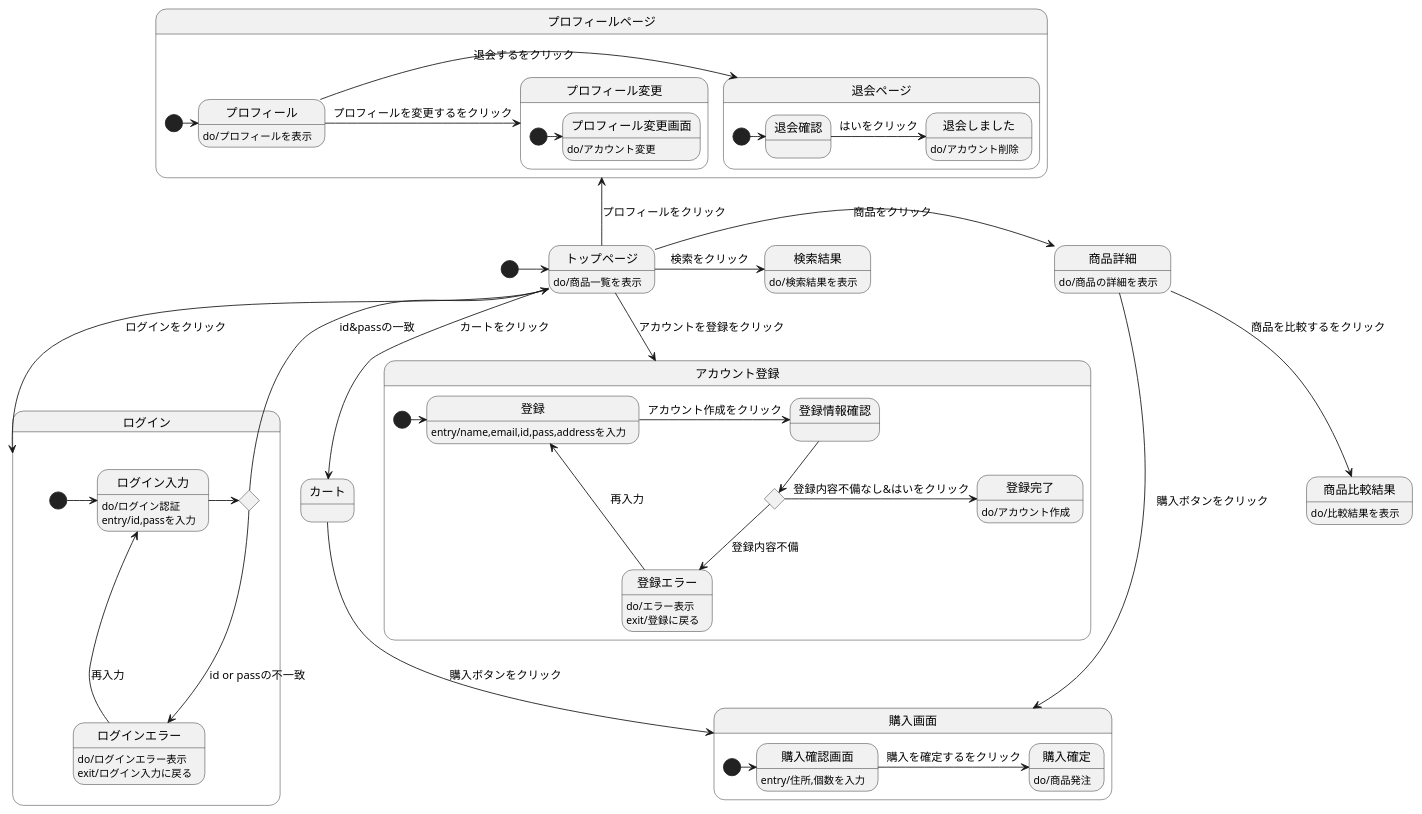
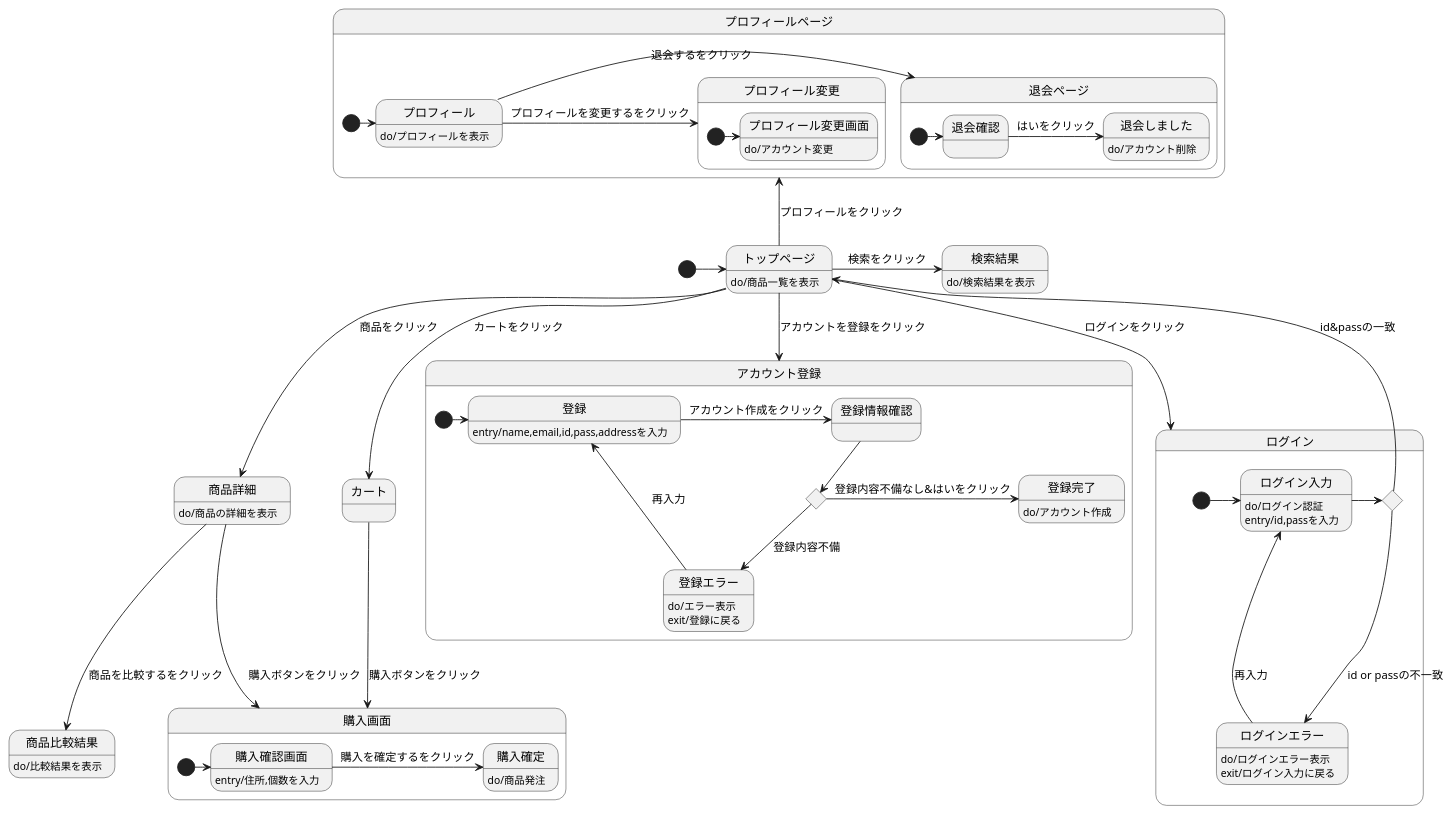
The diagram in stm01.md (Aso2001159/2021sys-design), drawn with PlantUML before and after one commit.

````diff
--- a/stm01.md
+++ b/stm01.md
@@ -1,67 +1,67 @@
 ```uml
 
 @startuml
 [*]->トップページ
 トップページ : do/商品一覧を表示
-トップページ->商品詳細 : 商品をクリック
+トップページ-->商品詳細 : 商品をクリック
   商品詳細 : do/商品の詳細を表示
   商品詳細 --> 商品比較結果 : 商品を比較するをクリック
   商品比較結果 : do/比較結果を表示
   商品詳細-> 購入画面 :　購入ボタンをクリック
 トップページ-down->ログイン :ログインをクリック
 state ログイン{
   state r確認 <<choice>>
   [*] -> ログイン入力 
   ログイン入力 : do/ログイン認証
   ログイン入力 : entry/id,passを入力
   ログイン入力 -> r確認
   r確認 -> トップページ : id&passの一致
    r確認 --> ログインエラー : id or passの不一致
     ログインエラー :do/ログインエラー表示
     ログインエラー : exit/ログイン入力に戻る
   ログインエラー -> ログイン入力 : 再入力
 
 }
 トップページ-->カート :カートをクリック
 カート --> 購入画面 : 購入ボタンをクリック
 state 購入画面{
   [*]-> 購入確認画面
   購入確認画面 : entry/住所,個数を入力
   購入確認画面 -> 購入確定 : 購入を確定するをクリック
   購入確定 : do/商品発注
 }
 state アカウント登録{
 [*]-> 登録 
   トップページ--> アカウント登録 :アカウントを登録をクリック
   state t確認 <<choice>>
   登録 : entry/name,email,id,pass,addressを入力
   登録 ->登録情報確認: アカウント作成をクリック
   登録情報確認 --> t確認 
   t確認 --> 登録エラー : 登録内容不備
     登録エラー : do/エラー表示
     登録エラー : exit/登録に戻る
    登録エラー -> 登録 : 再入力
   t確認 -> 登録完了: 登録内容不備なし&はいをクリック
     登録完了: do/アカウント作成
   }
 トップページ->検索結果 :検索をクリック
   検索結果 : do/検索結果を表示
 トップページ-up->プロフィールページ :プロフィールをクリック
 state プロフィールページ{
 [*] -> プロフィール
 プロフィール : do/プロフィールを表示
   プロフィール ->退会ページ :退会するをクリック
   state 退会ページ{
     [*]-> 退会確認 
     退会確認-> 退会しました : はいをクリック
       退会しました : do/アカウント削除
     }
     プロフィール -> プロフィール変更 : プロフィールを変更するをクリック
     state プロフィール変更{
       [*]-> プロフィール変更画面
       プロフィール変更画面 : do/アカウント変更
     }
  }
 @enduml
 
 ```
````
